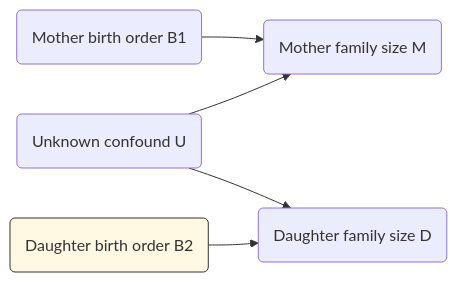
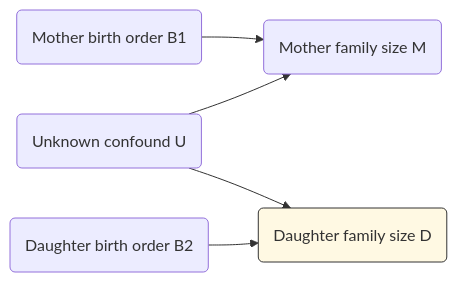
Before and after one commit to erikaduan/textbook_notes: the diagram in blog_posts/regression_richard_mcelreath.md, drawn with Mermaid. The commit also changed other lines of this file and 1 other file, not shown here.

````diff
--- a/blog_posts/regression_richard_mcelreath.md
+++ b/blog_posts/regression_richard_mcelreath.md
@@ -98,10 +98,10 @@
 ``` mermaid
 flowchart LR  
   A(Mother birth order B1) --> B(Mother family size M) 
   C(Unknown confound U) --> B(Mother family size M) 
   
   D(Daughter birth order B2) --> E(Daughter family size D) 
   C(Unknown confound U) --> E(Daughter family size D) 
   
-  style D fill:#Fff9e3,stroke:#333
+  style E fill:#Fff9e3,stroke:#333
 ```
````
